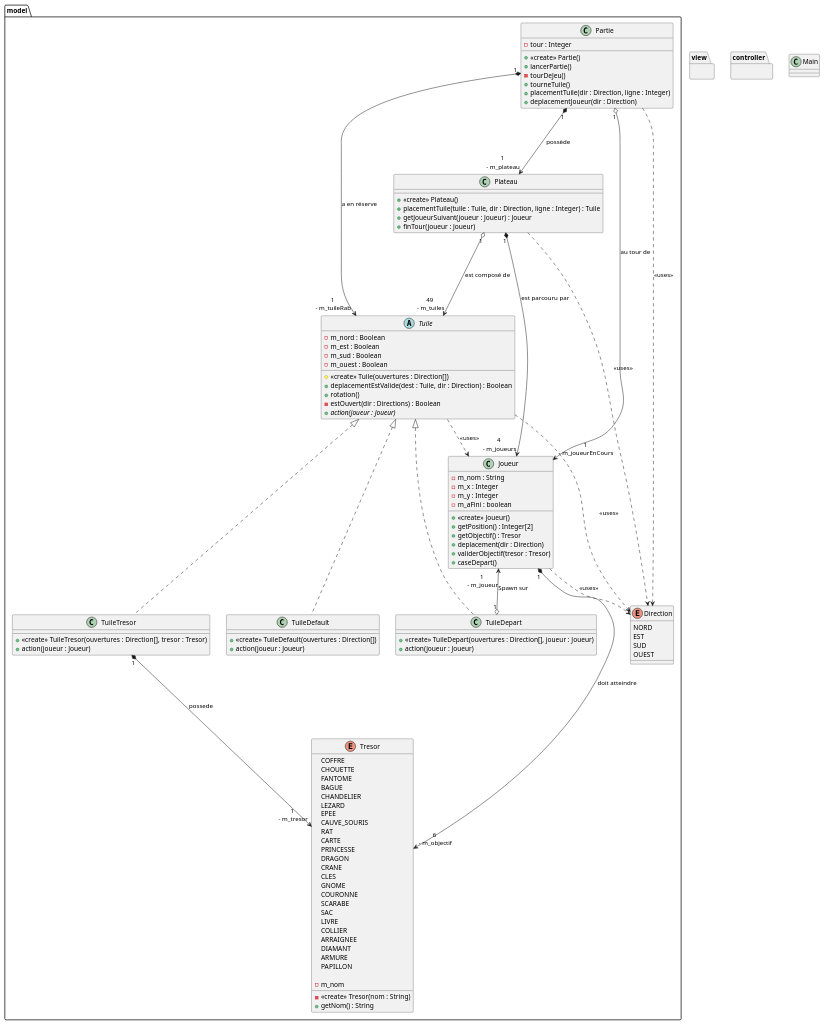
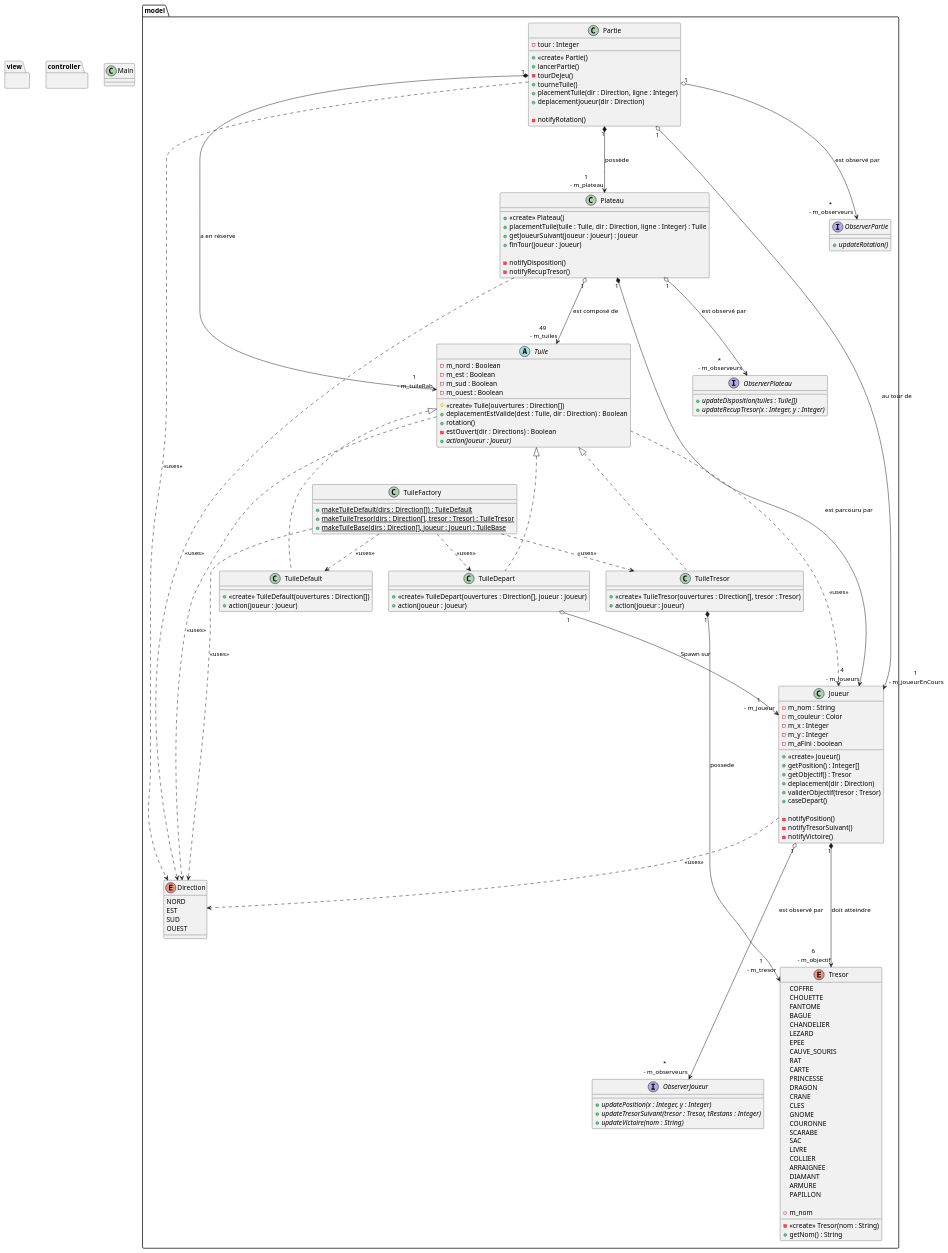
The diagram in labyrinthe.puml (Anybody368/Labyrinthe-Java), drawn with PlantUML before and after one commit.

Commit message:
Factory et Observeurs partiels

```diff
--- a/labyrinthe.puml
+++ b/labyrinthe.puml
@@ -1,158 +1,200 @@
 @startuml
 'https://plantuml.com/class-diagram
 
 class Main
 
 package model
 {
     class Partie
     {
         - tour : Integer
 
         + <<create>> Partie()
         + lancerPartie()
         - tourDeJeu()
         + tourneTuile()
         + placementTuile(dir : Direction, ligne : Integer)
         + deplacementJoueur(dir : Direction)
+
+        - notifyRotation()
     }
     Partie ..> Direction : <<uses>>
 
     class Plateau
     {
         + <<create>> Plateau()
         + placementTuile(tuile : Tuile, dir : Direction, ligne : Integer) : Tuile
         + getJoueurSuivant(joueur : Joueur) : Joueur
         + finTour(joueur : Joueur)
+
+        - notifyDisposition()
+        - notifyRecupTresor()
     }
     Plateau ..> Direction : <<uses>>
 
     enum Direction
     {
         NORD
         EST
         SUD
         OUEST
     }
+
+    class TuileFactory
+    {
+        + {static} makeTuileDefault(dirs : Direction[]) : TuileDefault
+        + {static} makeTuileTresor(dirs : Direction[], tresor : Tresor) : TuileTresor
+        + {static} makeTuileBase(dirs : Direction[], joueur : Joueur) : TuileBase
+    }
+    TuileFactory ..> TuileDefault : <<uses>>
+    TuileFactory ..> TuileTresor : <<uses>>
+    TuileFactory ..> TuileDepart : <<uses>>
+    TuileFactory ..> Direction : <<uses>>
 
     abstract class Tuile
     {
         - m_nord : Boolean
         - m_est : Boolean
         - m_sud : Boolean
         - m_ouest : Boolean
 
         # <<create>> Tuile(ouvertures : Direction[])
         + deplacementEstValide(dest : Tuile, dir : Direction) : Boolean
         + rotation()
         - estOuvert(dir : Directions) : Boolean
         + {abstract} action(joueur : Joueur)
     }
     Tuile ..> Direction : <<uses>>
     Tuile ..> Joueur : <<uses>>
 
     class TuileDefault
     {
         + <<create>> TuileDefault(ouvertures : Direction[])
         + action(joueur : Joueur)
     }
     /'
     TuileDefault ..> Direction : <<uses>>
     TuileDefault ..> Joueur : <<uses>>'/
 
     class TuileDepart
     {
         + <<create>> TuileDepart(ouvertures : Direction[], joueur : Joueur)
         + action(joueur : Joueur)
     }
     /'
     TuileDepart ..> Direction : <<uses>>
     TuileDepart ..> Joueur : <<uses>> '/
 
     class TuileTresor
     {
         + <<create>> TuileTresor(ouvertures : Direction[], tresor : Tresor)
         + action(joueur : Joueur)
     }
     /'
     TuileTresor ..> Direction : <<uses>>
     TuileTresor ..> Joueur : <<uses>>
     TuileTresor ..> Tresor : <<uses>>'/
 
     class Joueur
     {
         - m_nom : String
+        - m_couleur : Color
         - m_x : Integer
         - m_y : Integer
         - m_aFini : boolean
 
         + <<create>> Joueur()
-        + getPosition() : Integer[2]
+        + getPosition() : Integer[]
         + getObjectif() : Tresor
         + deplacement(dir : Direction)
         + validerObjectif(tresor : Tresor)
         + caseDepart()
+
+        - notifyPosition()
+        - notifyTresorSuivant()
+        - notifyVictoire()
     }
     Joueur ..> Direction : <<uses>>
     'Joueur ..> Tresor : <<uses>>
 
     enum Tresor
     {
         COFFRE
         CHOUETTE
         FANTOME
         BAGUE
         CHANDELIER
         LEZARD
         EPEE
         CAUVE_SOURIS
         RAT
         CARTE
         PRINCESSE
         DRAGON
         CRANE
         CLES
         GNOME
         COURONNE
         SCARABE
         SAC
         LIVRE
         COLLIER
         ARRAIGNEE
         DIAMANT
         ARMURE
         PAPILLON
 
         - <<create>> Tresor(nom : String)
         - m_nom
         + getNom() : String
     }
+
+    interface ObserverJoueur
+    {
+        + {abstract} updatePosition(x : Integer, y : Integer)
+        + {abstract} updateTresorSuivant(tresor : Tresor, tRestans : Integer)
+        + {abstract} updateVictoire(nom : String)
+    }
+
+    interface ObserverPlateau
+    {
+        + {abstract} updateDisposition(tuiles : Tuile[])
+        + {abstract} updateRecupTresor(x : Integer, y : Integer)
+    }
+
+    interface ObserverPartie
+    {
+        + {abstract} updateRotation()
+    }
 }
 
 package view
 {
 
 }
 
 package controller
 {
 
 }
 
 TuileDefault .u..|> Tuile
 TuileTresor .u..|> Tuile
 TuileDepart .u..|> Tuile
 
 Partie "1" *---> "1\n - m_plateau" Plateau : possède
 Partie "1" *---> "1\n - m_tuileRab" Tuile : a en réserve
 Partie "1" o---> "1\n - m_joueurEnCours" Joueur : au tour de
+Partie "1" o---> "*\n - m_observeurs" ObserverPartie : est observé par
 
 Plateau "1" o---> "49\n - m_tuiles" Tuile : est composé de
 Plateau "1" *---> "4\n - m_joueurs" Joueur : est parcouru par
+Plateau "1" o---> "*\n - m_observeurs" ObserverPlateau : est observé par
 
 TuileTresor "1" *---> "1\n - m_tresor" Tresor : possede
-TuileDepart "1" o-l--> "1\n - m_joueur" Joueur : Spawn sur
+TuileDepart "1" o---> "1\n - m_joueur" Joueur : Spawn sur
 
 Joueur "1" *---> "6\n - m_objectif" Tresor : doit atteindre
+Joueur "1" o---> "*\n - m_observeurs" ObserverJoueur : est observé par
 
 @enduml
```
